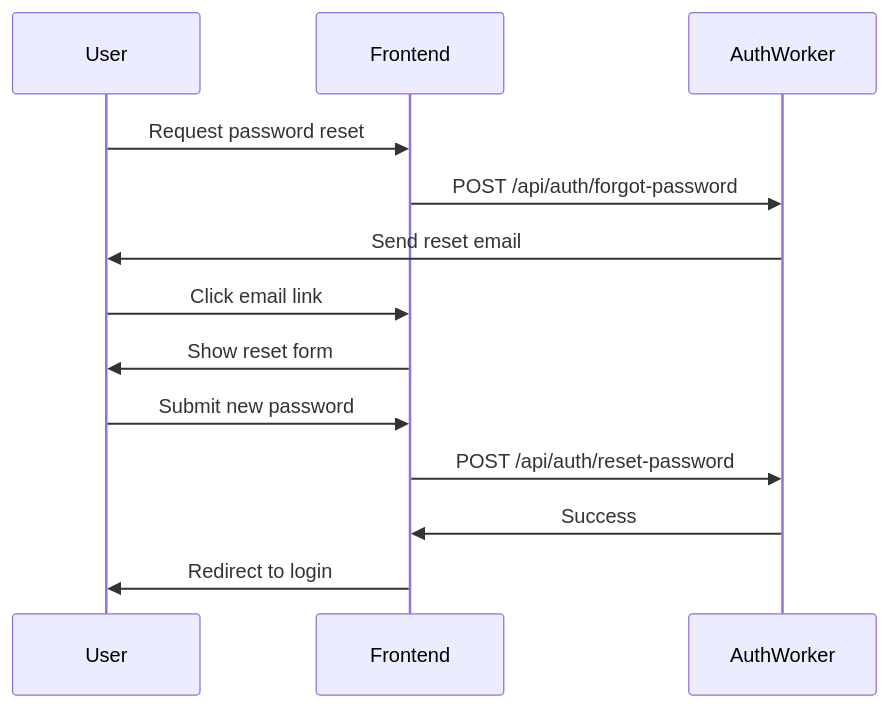
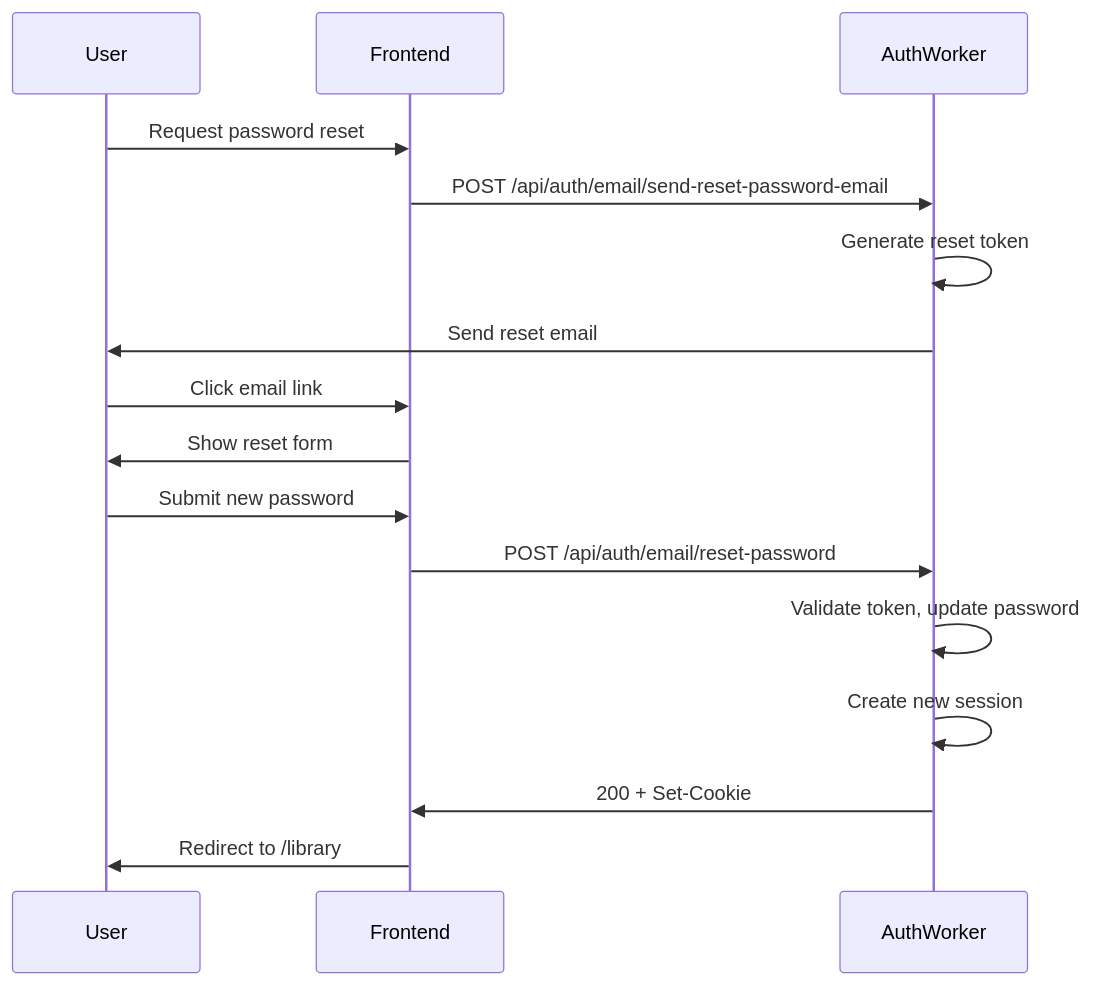
One commit to brucemckayone/codex changed the seventh of 8 diagrams in design/frontend/AUTH.md. Above: the diagram before and after it, drawn with Mermaid. The commit also changed other lines of this file and 5 other files, not shown here.

````diff
--- a/design/frontend/AUTH.md
+++ b/design/frontend/AUTH.md
@@ -158,16 +208,19 @@
 ```mermaid
 sequenceDiagram
     participant User
     participant Frontend
     participant AuthWorker
 
     User->>Frontend: Request password reset
-    Frontend->>AuthWorker: POST /api/auth/forgot-password
+    Frontend->>AuthWorker: POST /api/auth/email/send-reset-password-email
+    AuthWorker->>AuthWorker: Generate reset token
     AuthWorker->>User: Send reset email
     User->>Frontend: Click email link
     Frontend->>User: Show reset form
     User->>Frontend: Submit new password
-    Frontend->>AuthWorker: POST /api/auth/reset-password
-    AuthWorker->>Frontend: Success
-    Frontend->>User: Redirect to login
+    Frontend->>AuthWorker: POST /api/auth/email/reset-password
+    AuthWorker->>AuthWorker: Validate token, update password
+    AuthWorker->>AuthWorker: Create new session
+    AuthWorker->>Frontend: 200 + Set-Cookie
+    Frontend->>User: Redirect to /library
 ```
````
